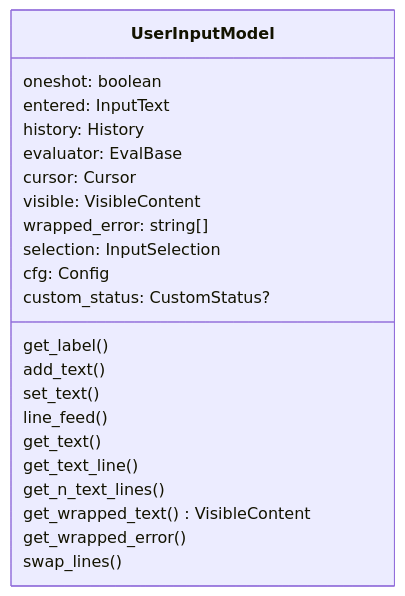
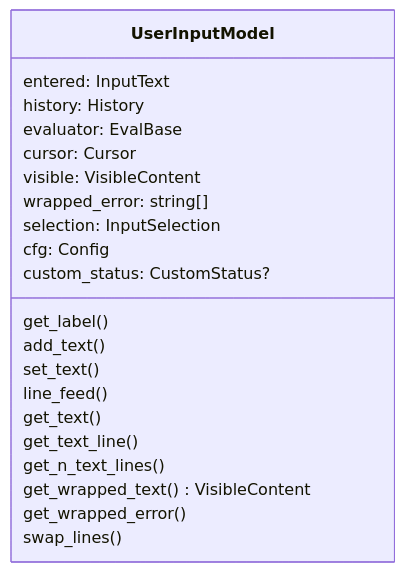
Before and after one commit to Vadim1987/compy-dev: the third of 6 diagrams in doc/mermaid/editor.md, drawn with Mermaid. The commit also changed other lines of this file and 7 other files, not shown here.

````diff
--- a/doc/mermaid/editor.md
+++ b/doc/mermaid/editor.md
@@ -97,28 +100,27 @@
 ```mermaid
 classDiagram
 
 class UserInputModel {
-  oneshot: boolean
   entered: InputText
   history: History
   evaluator: EvalBase
   cursor: Cursor
   visible: VisibleContent
   wrapped_error: string[]
   selection: InputSelection
   cfg: Config
   custom_status: CustomStatus?
 
   get_label()
   add_text()
   set_text()
   line_feed()
   get_text()
   get_text_line()
   get_n_text_lines()
   get_wrapped_text() VisibleContent
   get_wrapped_error()
   swap_lines()
 }
 
 ```
````
